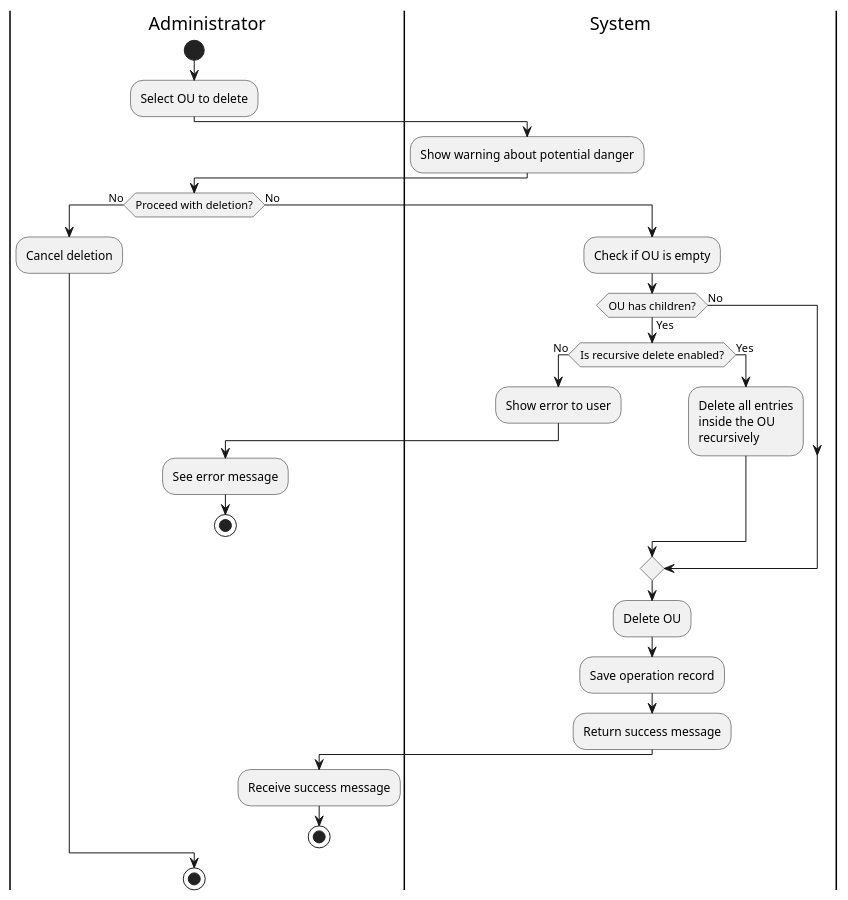
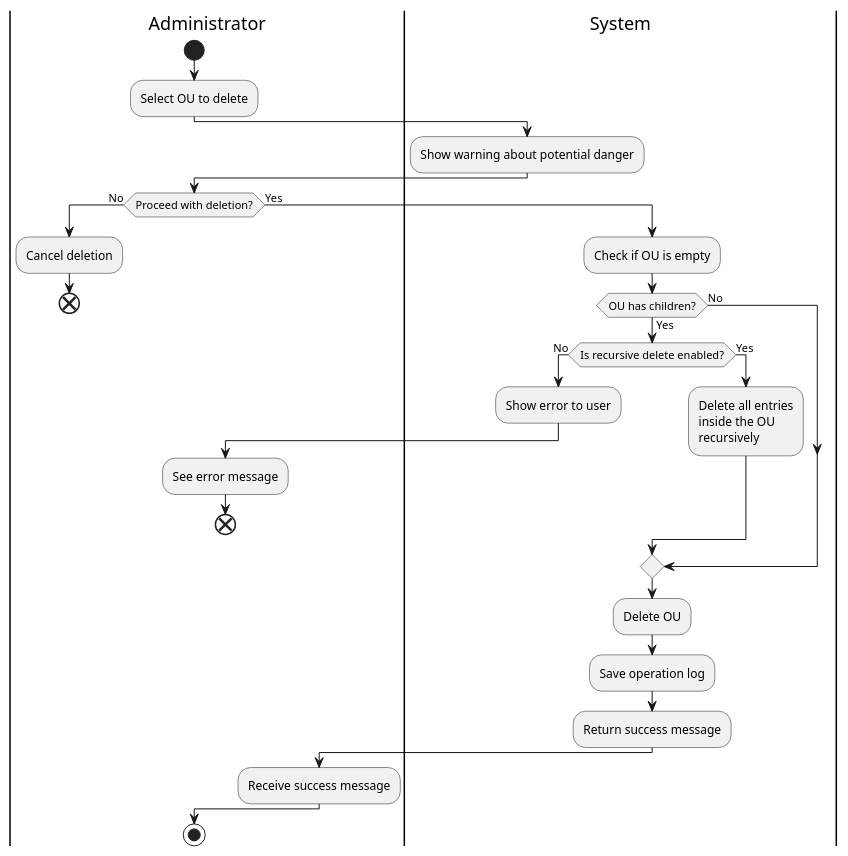
Before and after one commit to Carlos-err406/thesis: the diagram in puml/activity-diagram delete ou.puml, drawn with PlantUML. The commit also changed 5 other files, not shown here.

Commit message:
plant uml images and diagrams

```diff
--- a/puml/activity-diagram delete ou.puml
+++ b/puml/activity-diagram delete ou.puml
@@ -1,41 +1,38 @@
 @startuml activity-diagram delete ou
 
 |Administrator|
 start
 
 :Select OU to delete;
 
 |System|
 :Show warning about potential danger;
 
 |Administrator|
 if (Proceed with deletion?) then (No)
     :Cancel deletion;
-else (No)
+    end
+else (Yes)
     |System|
     :Check if OU is empty;
     if (OU has children?) then (Yes)
         if(Is recursive delete enabled?) then (No)
             :Show error to user;
-
             |Administrator|
-
             :See error message;
-            stop
+            end
         else (Yes)
             |System|
             :Delete all entries\ninside the OU\nrecursively;
         endif
     else (No)
     endif
-        |System|
-        :Delete OU;
-        :Save operation record;
-        :Return success message;
-        |Administrator|
-        :Receive success message;
-        stop;
-
+    |System|
+    :Delete OU;
+    :Save operation log;
+    :Return success message;
+    |Administrator|
+    :Receive success message;
 endif
 stop
 @enduml
```
